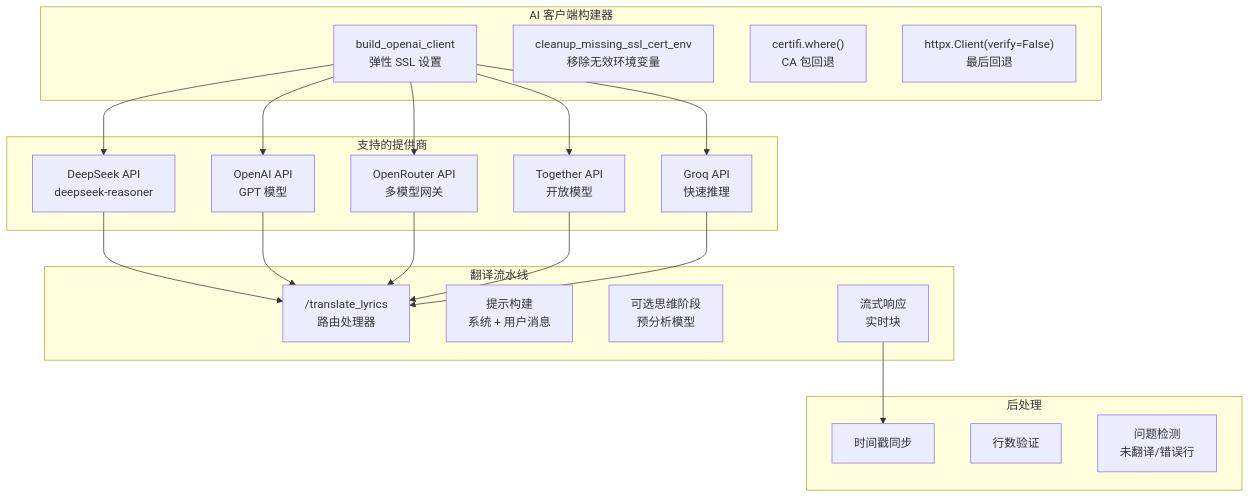
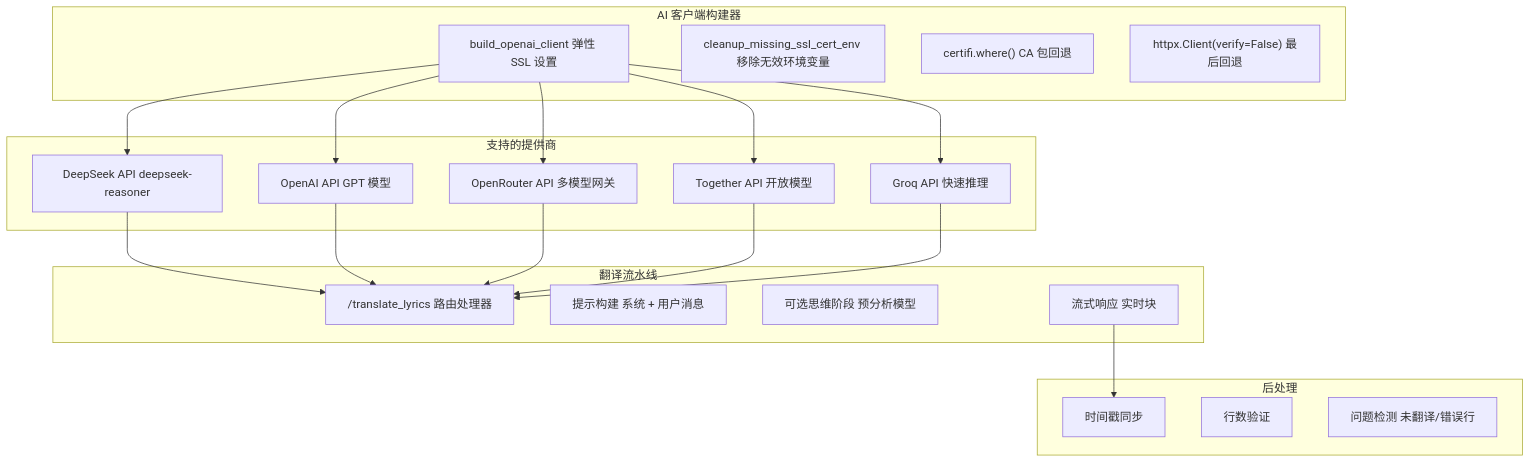
One commit to HKLHaoBin/LyricSphere changed diagram 12 of 44 in README.md. Above: the diagram before and after it, drawn with Mermaid. The commit also changed other lines of this file, not shown here.

Commit message:
docs: 更新README中的流程图文本格式

````diff
--- a/README.md
+++ b/README.md
@@ -956,59 +956,59 @@
 ```mermaid
 flowchart TD
-    BuildClient["build_openai_client\n弹性 SSL 设置"]
-    CleanupSSL["cleanup_missing_ssl_cert_env\n移除无效环境变量"]
-    CertifiFallback["certifi.where()\nCA 包回退"]
-    DisableSSLLastResort["httpx.Client(verify=False)\n最后回退"]
-    DeepSeek["DeepSeek API\ndeepseek-reasoner"]
-    OpenAI["OpenAI API\nGPT 模型"]
-    OpenRouter["OpenRouter API\n多模型网关"]
-    Together["Together API\n开放模型"]
-    Groq["Groq API\n快速推理"]
-    TranslateEndpoint["/translate_lyrics\n路由处理器"]
-    PromptConstruction["提示构建\n系统 + 用户消息"]
-    ThinkingModel["可选思维阶段\n预分析模型"]
-    StreamingResponse["流式响应\n实时块"]
+    BuildClient["build_openai_client 弹性 SSL 设置"]
+    CleanupSSL["cleanup_missing_ssl_cert_env 移除无效环境变量"]
+    CertifiFallback["certifi.where() CA 包回退"]
+    DisableSSLLastResort["httpx.Client(verify=False) 最后回退"]
+    DeepSeek["DeepSeek API deepseek-reasoner"]
+    OpenAI["OpenAI API GPT 模型"]
+    OpenRouter["OpenRouter API 多模型网关"]
+    Together["Together API 开放模型"]
+    Groq["Groq API 快速推理"]
+    TranslateEndpoint["/translate_lyrics 路由处理器"]
+    PromptConstruction["提示构建 系统 + 用户消息"]
+    ThinkingModel["可选思维阶段 预分析模型"]
+    StreamingResponse["流式响应 实时块"]
     TimestampSync[时间戳同步]
     LineValidation[行数验证]
-    IssueDetection["问题检测\n未翻译/错误行"]
+    IssueDetection["问题检测 未翻译/错误行"]
 
     BuildClient --> DeepSeek
     BuildClient --> OpenAI
     BuildClient --> OpenRouter
     BuildClient --> Together
     BuildClient --> Groq
     DeepSeek --> TranslateEndpoint
     OpenAI --> TranslateEndpoint
     OpenRouter --> TranslateEndpoint
     Together --> TranslateEndpoint
     Groq --> TranslateEndpoint
     StreamingResponse --> TimestampSync
 
     subgraph PostProcessing[后处理]
         TimestampSync
         LineValidation
         IssueDetection
     end
 
     subgraph TranslationPipeline[翻译流水线]
         TranslateEndpoint
         PromptConstruction
         ThinkingModel
         StreamingResponse
     end
 
     subgraph SupportedProviders[支持的提供商]
         DeepSeek
         OpenAI
         OpenRouter
         Together
         Groq
     end
 
     subgraph AIClientBuilder[AI 客户端构建器]
         BuildClient
         CleanupSSL
         CertifiFallback
         DisableSSLLastResort
     end
 ```
````
